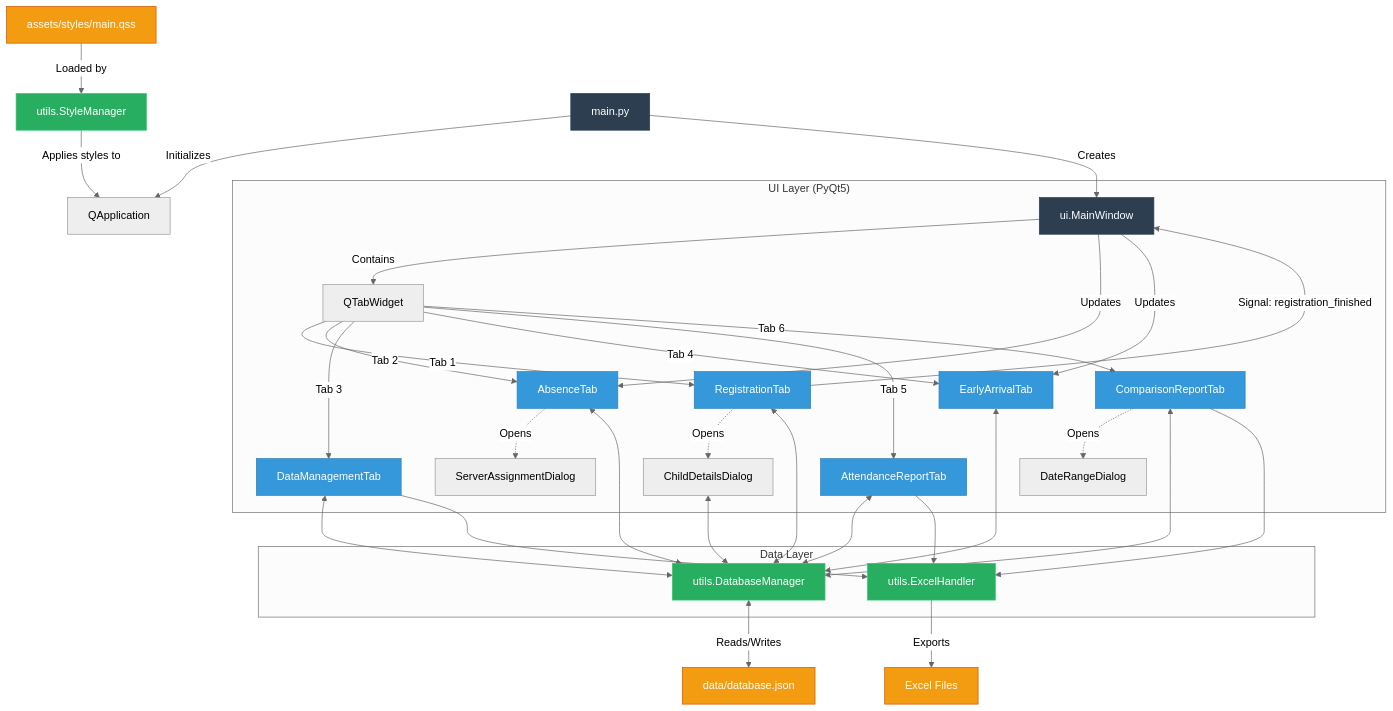
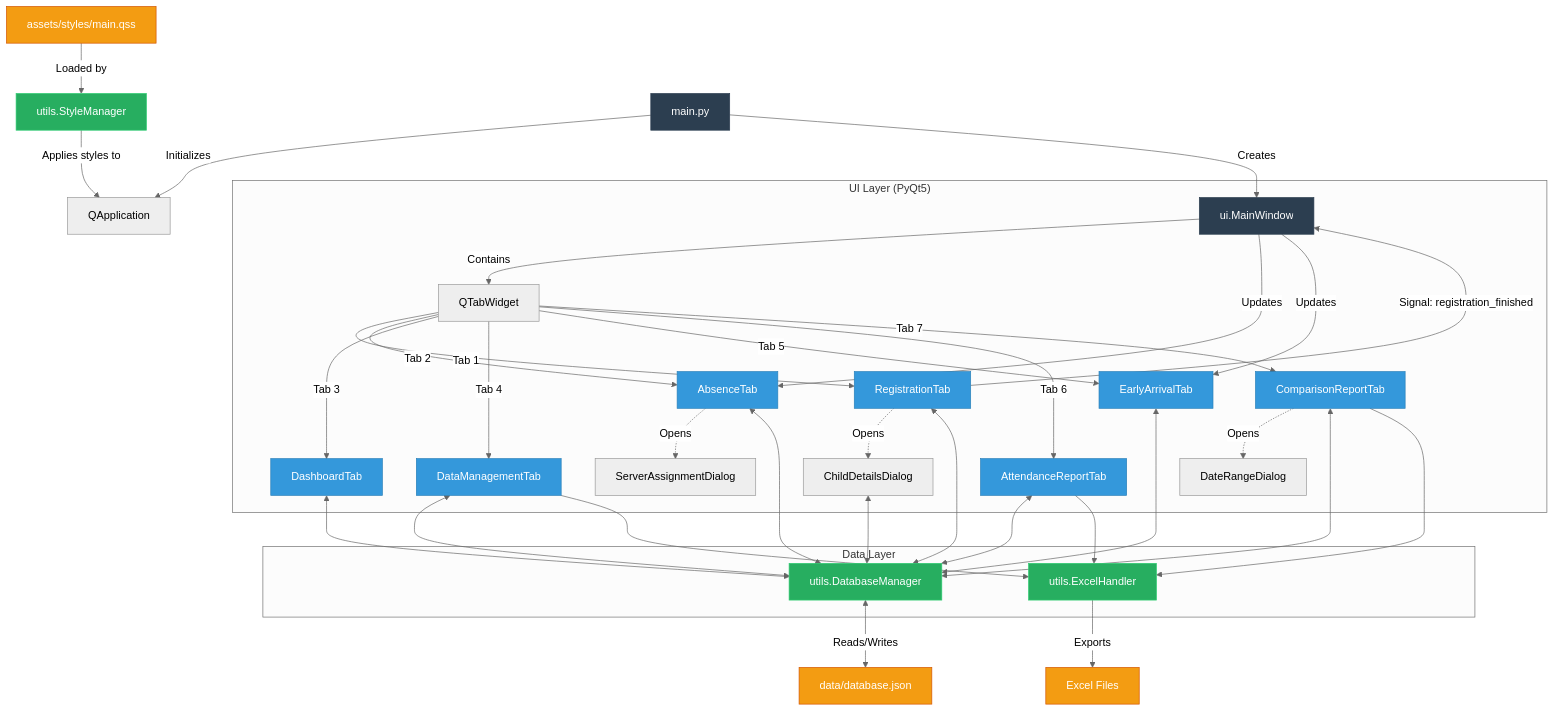
One commit to Fitian-elmazba7/5edma-management-system-5ms- changed the diagram in project_flow.md. Above: the diagram before and after it, drawn with Mermaid (neutral theme). The commit also changed other lines of this file and 1 other file, not shown here.

Commit message:
feat: Add initial data, database backups, and a modern dark UI theme, and update project flow documentation.

````diff
--- a/project_flow.md
+++ b/project_flow.md
@@ -5,67 +5,69 @@
 ```mermaid
 graph TD
     %% Styling
     Style[assets/styles/main.qss] -->|Loaded by| SM[utils.StyleManager]
     SM -->|Applies styles to| App
 
     %% Entry Point
     Entry[main.py] -->|Initializes| App[QApplication]
     Entry -->|Creates| MW[ui.MainWindow]
     
     %% Main Window & Tabs
     subgraph "UI Layer (PyQt5)"
         MW -->|Contains| Tabs[QTabWidget]
         
         Tabs -->|Tab 1| RegTab[RegistrationTab]
         Tabs -->|Tab 2| AbsTab[AbsenceTab]
-        Tabs -->|Tab 3| DataTab[DataManagementTab]
-        Tabs -->|Tab 4| EarlyTab[EarlyArrivalTab]
-        Tabs -->|Tab 5| AttRepTab[AttendanceReportTab]
-        Tabs -->|Tab 6| CompTab[ComparisonReportTab]
+        Tabs -->|Tab 3| DashTab[DashboardTab]
+        Tabs -->|Tab 4| DataTab[DataManagementTab]
+        Tabs -->|Tab 5| EarlyTab[EarlyArrivalTab]
+        Tabs -->|Tab 6| AttRepTab[AttendanceReportTab]
+        Tabs -->|Tab 7| CompTab[ComparisonReportTab]
         
         %% Inter-Tab Communication
         RegTab -->|Signal: registration_finished| MW
         MW -->|Updates| AbsTab
         MW -->|Updates| EarlyTab
         
         %% Dialogs
         CompTab -.->|Opens| DateDialog[DateRangeDialog]
         AbsTab -.->|Opens| ServerDialog[ServerAssignmentDialog]
         RegTab -.->|Opens| ChildDialog[ChildDetailsDialog]
     end
 
     %% Data Layer
     subgraph "Data Layer"
         DB[utils.DatabaseManager]
         Excel[utils.ExcelHandler]
         
         %% Database Connections
         RegTab <--> DB
         AbsTab <--> DB
+        DashTab <--> DB
         DataTab <--> DB
         EarlyTab <--> DB
         AttRepTab <--> DB
         CompTab <--> DB
         ChildDialog <--> DB
         
         %% Excel Internal Logic
         DataTab --> Excel
         AttRepTab --> Excel
         CompTab --> Excel
     end
 
     %% Storage
     DB <-->|Reads/Writes| JSON[data/database.json]
     Excel -->|Exports| XLSX[Excel Files]
     
     %% Styling Application
     classDef main fill:#2c3e50,stroke:#2c3e50,color:white;
     classDef tab fill:#3498db,stroke:#2980b9,color:white;
     classDef util fill:#27ae60,stroke:#2ecc71,color:white;
     classDef file fill:#f39c12,stroke:#d35400,color:white;
     
     class Entry,MW main;
-    class RegTab,AbsTab,DataTab,EarlyTab,AttRepTab,CompTab tab;
+    class RegTab,AbsTab,DashTab,DataTab,EarlyTab,AttRepTab,CompTab tab;
     class DB,Excel,SM util;
     class Style,JSON,XLSX file;
 ```
````
